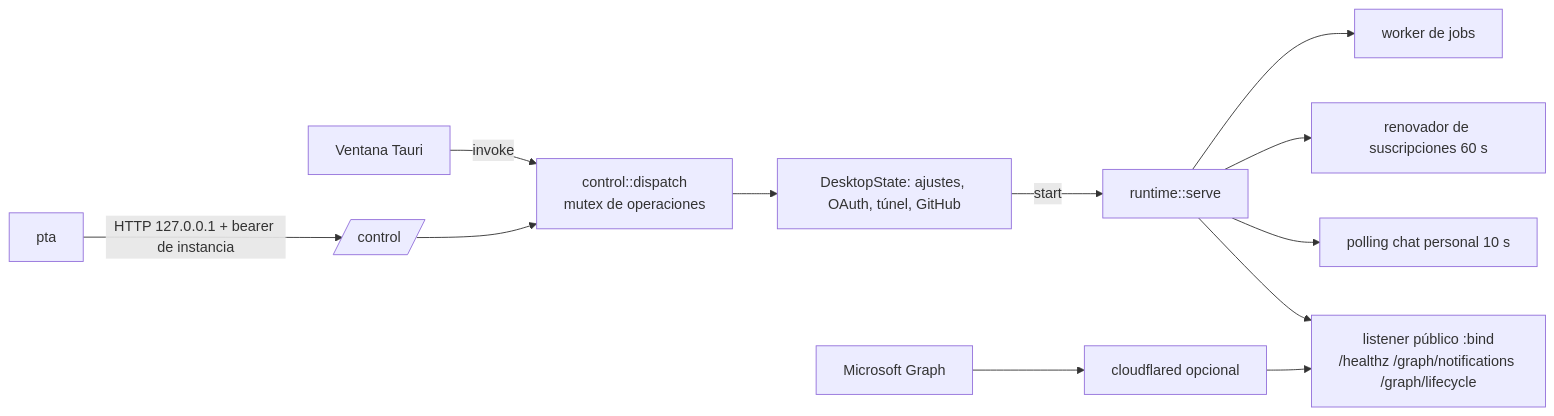
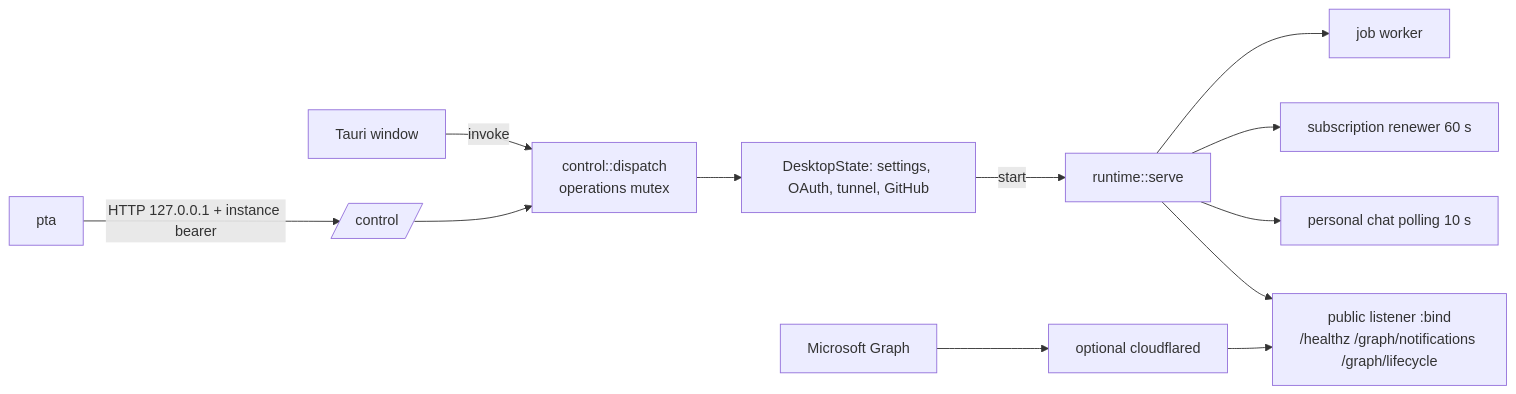
Before and after one commit to elvisbrevi/personal-teams-assistant: the first of 2 diagrams in docs/architecture.md, drawn with Mermaid. The commit also changed other lines of this file and 31 other files, not shown here.

````diff
--- a/docs/architecture.md
+++ b/docs/architecture.md
@@ -51,13 +55,13 @@
 ```mermaid
 flowchart LR
-  GUI[Ventana Tauri] -- invoke --> D[control::dispatch<br/>mutex de operaciones]
-  CLI[pta] -- HTTP 127.0.0.1 + bearer de instancia --> IPC[/control/] --> D
-  D --> HOST[DesktopState: ajustes, OAuth, túnel, GitHub]
+  GUI[Tauri window] -- invoke --> D[control::dispatch<br/>operations mutex]
+  CLI[pta] -- HTTP 127.0.0.1 + instance bearer --> IPC[/control/] --> D
+  D --> HOST[DesktopState: settings, OAuth, tunnel, GitHub]
   HOST -- start --> RT[runtime::serve]
-  RT --> W[worker de jobs]
-  RT --> R[renovador de suscripciones 60 s]
-  RT --> P[polling chat personal 10 s]
-  RT --> L[listener público :bind<br/>/healthz /graph/notifications /graph/lifecycle]
-  T[cloudflared opcional] --> L
+  RT --> W[job worker]
+  RT --> R[subscription renewer 60 s]
+  RT --> P[personal chat polling 10 s]
+  RT --> L[public listener :bind<br/>/healthz /graph/notifications /graph/lifecycle]
+  T[optional cloudflared] --> L
   Graph[Microsoft Graph] --> T
 ```
````
